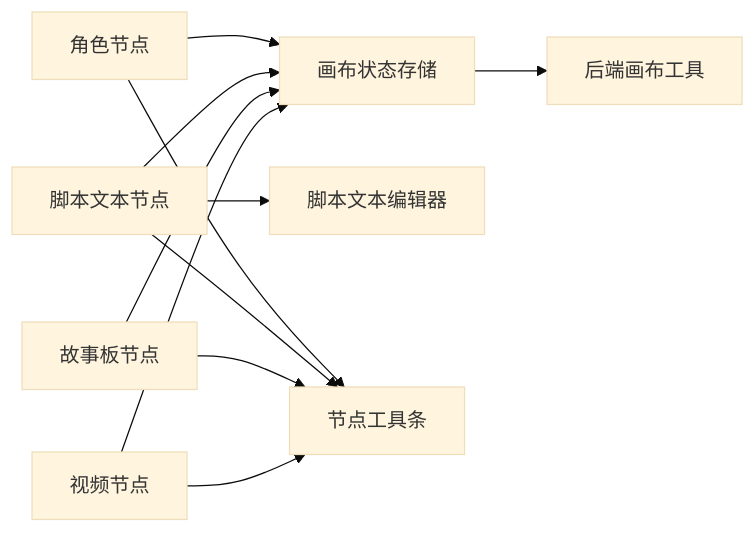
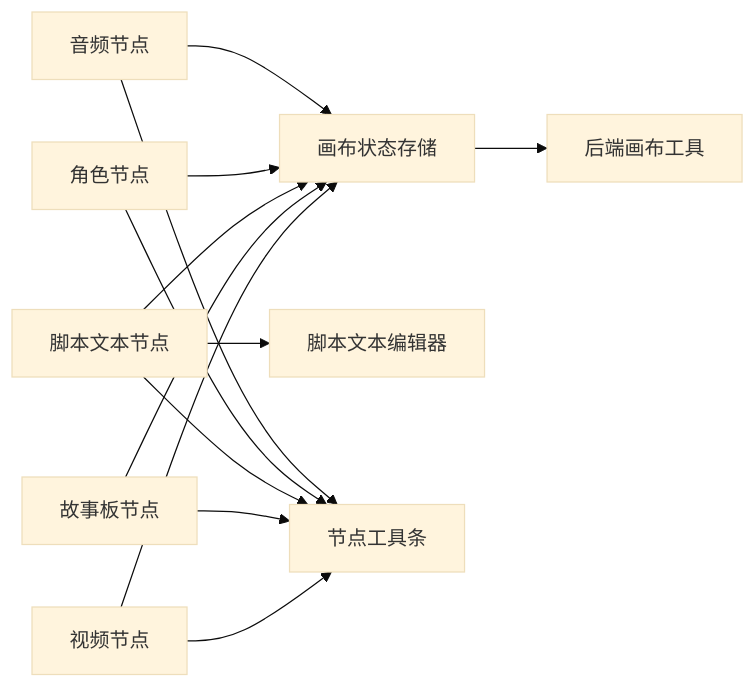
One commit to KunLabAI/KunFlix changed the sixth of 6 diagrams in .qoder/repowiki/zh/content/前端组件系统/画布编辑器/节点类型.md. Above: the diagram before and after it, drawn with Mermaid (base theme). The commit also changed other lines of this file and 37 other files, not shown here.

````diff
--- a/.qoder/repowiki/zh/content/前端组件系统/画布编辑器/节点类型.md
+++ b/.qoder/repowiki/zh/content/前端组件系统/画布编辑器/节点类型.md
@@ -379,13 +452,15 @@
 ```mermaid
 graph LR
-CN["角色节点"] --> CS["画布状态存储"]
+AN["音频节点"] --> CS["画布状态存储"]
+CN["角色节点"] --> CS
 SN["脚本文本节点"] --> CS
 SB["故事板节点"] --> CS
 VN["视频节点"] --> CS
 SN --> SE["脚本文本编辑器"]
-CN --> NT["节点工具条"]
+AN --> NT["节点工具条"]
+CN --> NT
 SN --> NT
 SB --> NT
 VN --> NT
 CS --> CP["后端画布工具"]
 ```
````
